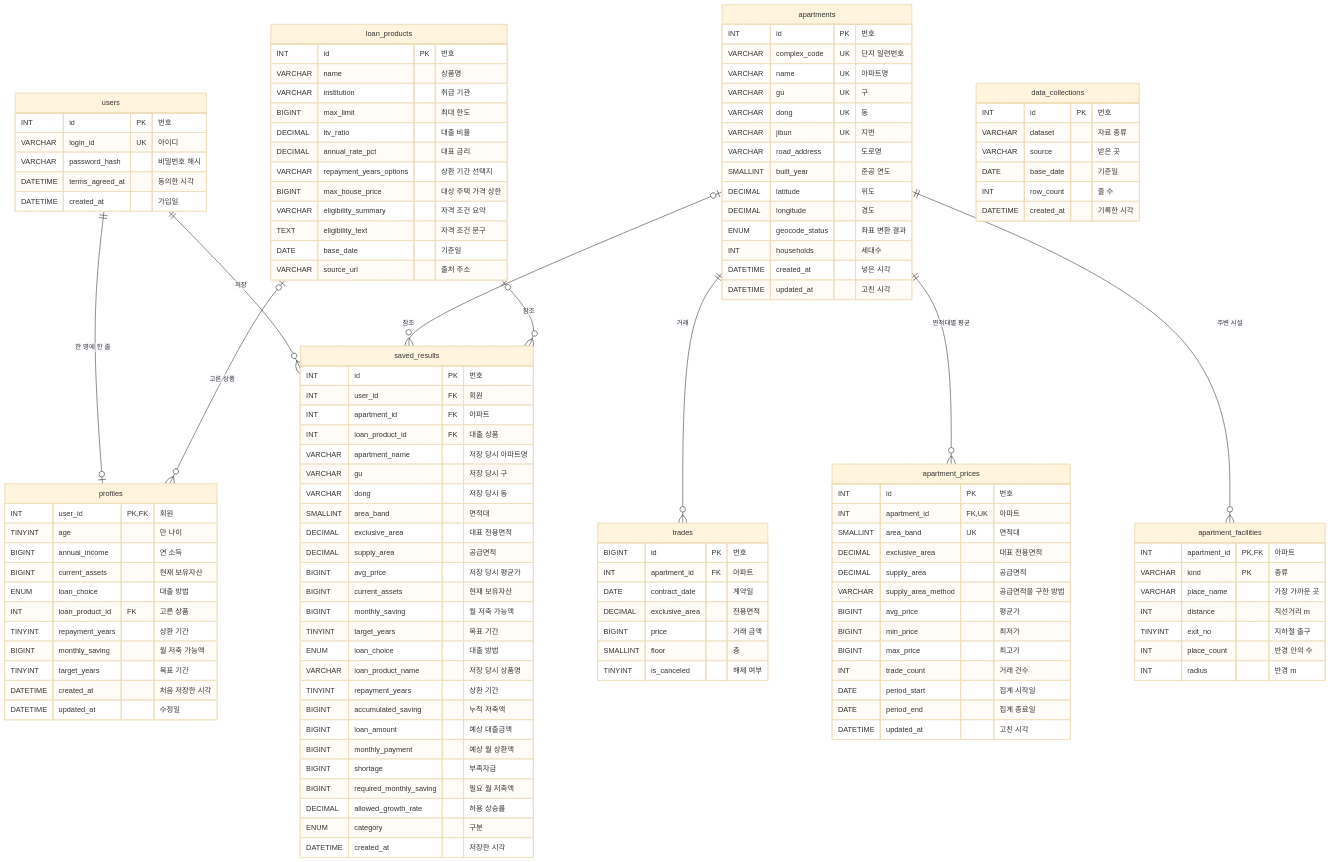
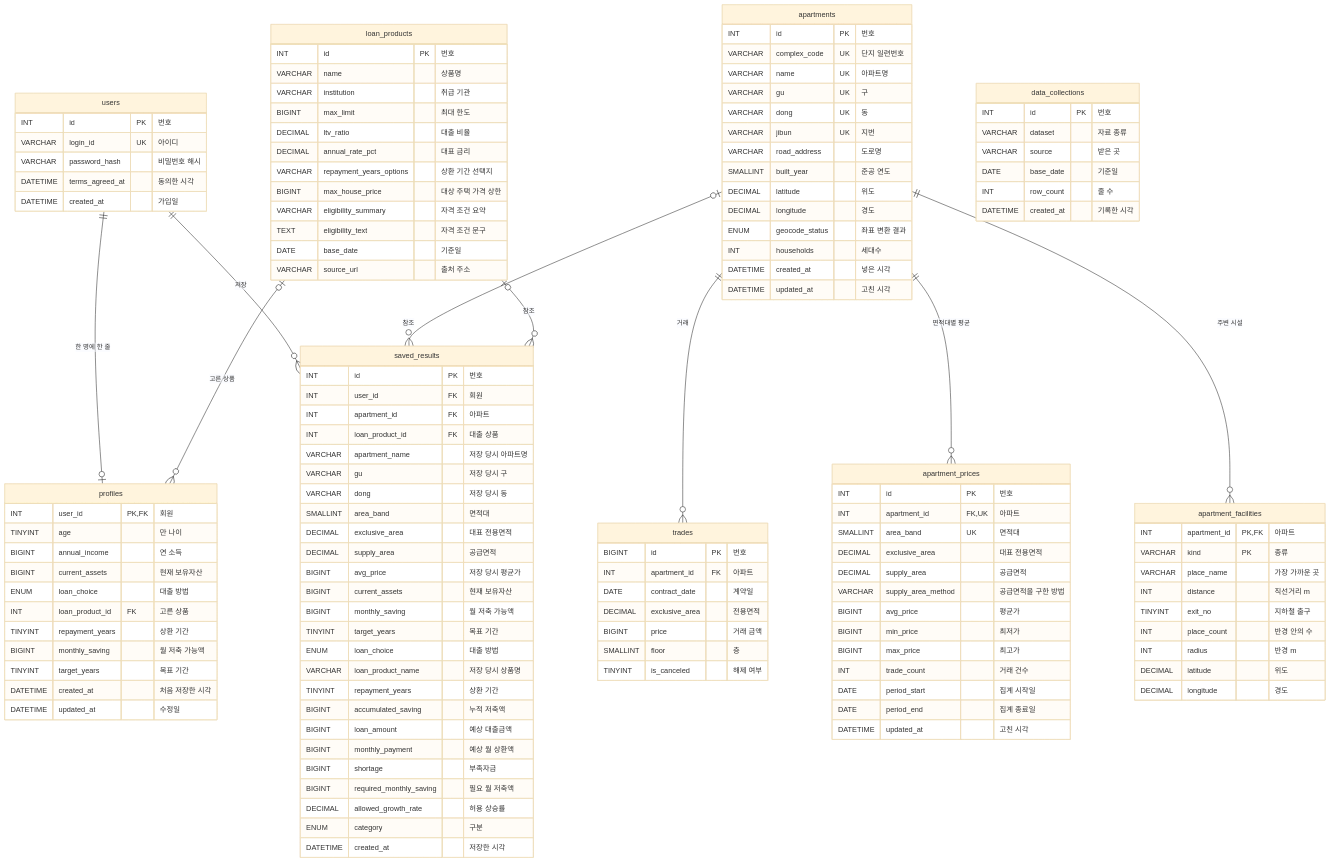
Before and after one commit to qkrcodms98-beep/Money_to_Home: the diagram in docs/04_database_design.md, drawn with Mermaid (base theme). The commit also changed other lines of this file and 6 other files, not shown here.

```diff
--- a/docs/04_database_design.md
+++ b/docs/04_database_design.md
@@ -163,6 +163,8 @@
         TINYINT exit_no "지하철 출구"
         INT place_count "반경 안의 수"
         INT radius "반경 m"
+        DECIMAL latitude "위도"
+        DECIMAL longitude "경도"
     }
     data_collections {
         INT id PK "번호"
```
